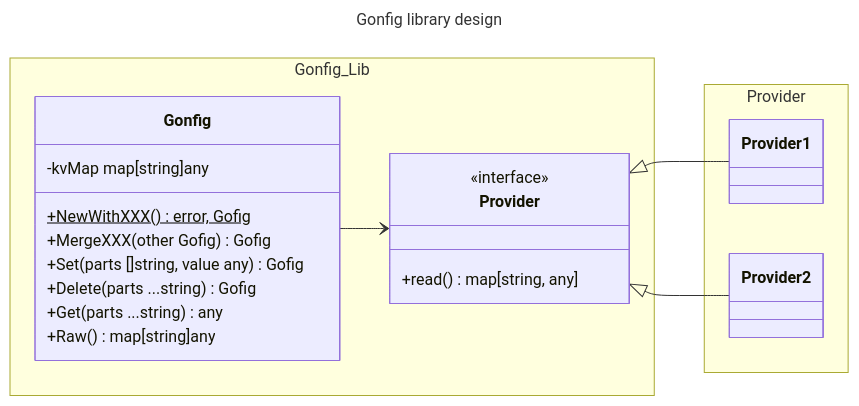
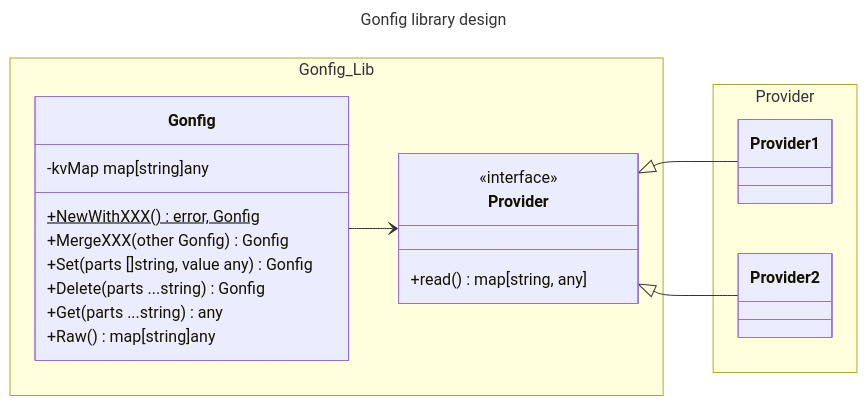
One commit to slava-y2k/gofig changed the diagram in docs/model.md. Above: the diagram before and after it, drawn with Mermaid. The commit also changed other lines of this file and 20 other files, not shown here.

First line of the commit message:
refactor!: rename gofig to gonfig

````diff
--- a/docs/model.md
+++ b/docs/model.md
@@ -42,33 +42,33 @@
 ```mermaid
 ---
 title: Gonfig library design
 ---
 classDiagram
     direction LR
 
     namespace Gonfig_Lib {
         class Gonfig["Gonfig"] {
             -kvMap map[string]any
-            +NewWithXXX()$ error, Gofig
-            +MergeXXX(other Gofig) Gofig
-            +Set(parts []string, value any) Gofig
-            +Delete(parts ...string) Gofig
+            +NewWithXXX()$ error, Gonfig
+            +MergeXXX(other Gonfig) Gonfig
+            +Set(parts []string, value any) Gonfig
+            +Delete(parts ...string) Gonfig
             +Get(parts ...string) any
             +Raw() map[string]any
         }
 
         class IProvider["Provider"] {
             <<interface>>
             +read() map[string, any]
         }
     }
 
     namespace Provider {
         class Provider1
         class Provider2
     }
 
     Gonfig --> IProvider
     IProvider <|-- Provider1
     IProvider <|-- Provider2
 ```
````
